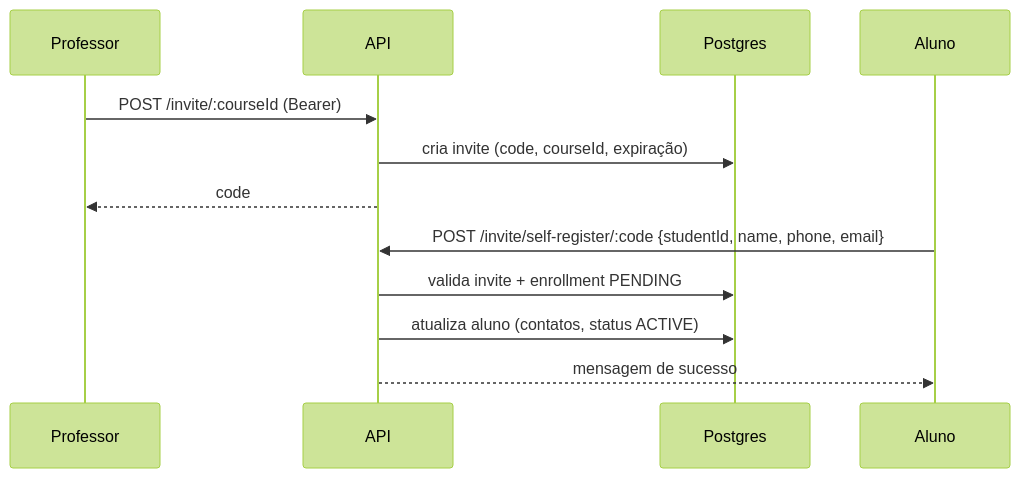
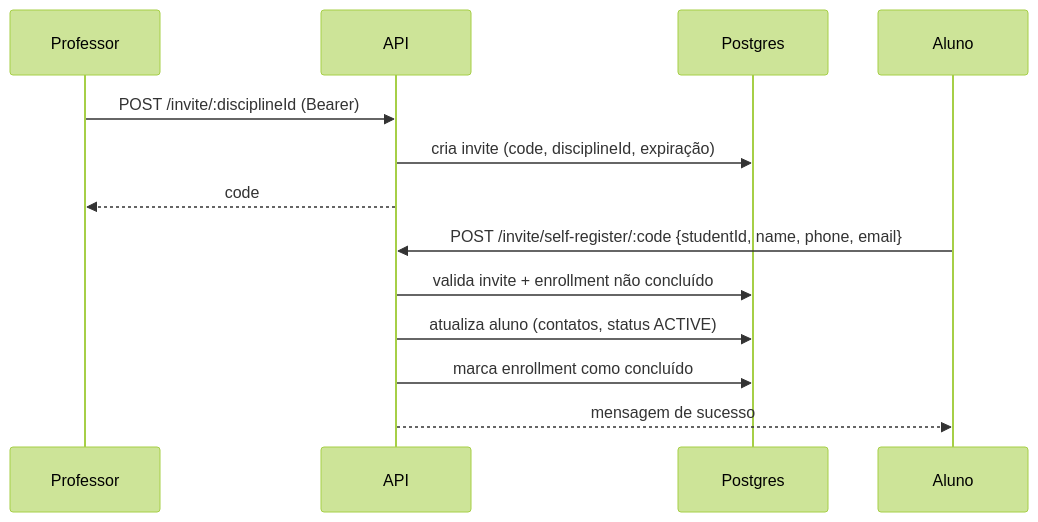
One commit to ThalysSilva/unicast-backend changed the second of 8 diagrams in README.md. Above: the diagram before and after it, drawn with Mermaid (forest theme). The commit also changed other lines of this file and 25 other files, not shown here.

Commit message:
feat: alterado course para discipline e corrigido re-preenchimento do aluno

````diff
--- a/README.md
+++ b/README.md
@@ -144,15 +144,16 @@
 ```mermaid
 sequenceDiagram
     participant Professor
     participant API
     participant DB as Postgres
     participant Aluno
 
-    Professor->>API: POST /invite/:courseId (Bearer)
-    API->>DB: cria invite (code, courseId, expiração)
+    Professor->>API: POST /invite/:disciplineId (Bearer)
+    API->>DB: cria invite (code, disciplineId, expiração)
     API-->>Professor: code
     Aluno->>API: POST /invite/self-register/:code {studentId, name, phone, email}
-    API->>DB: valida invite + enrollment PENDING
+    API->>DB: valida invite + enrollment não concluído
     API->>DB: atualiza aluno (contatos, status ACTIVE)
+    API->>DB: marca enrollment como concluído
     API-->>Aluno: mensagem de sucesso
 ```
````
